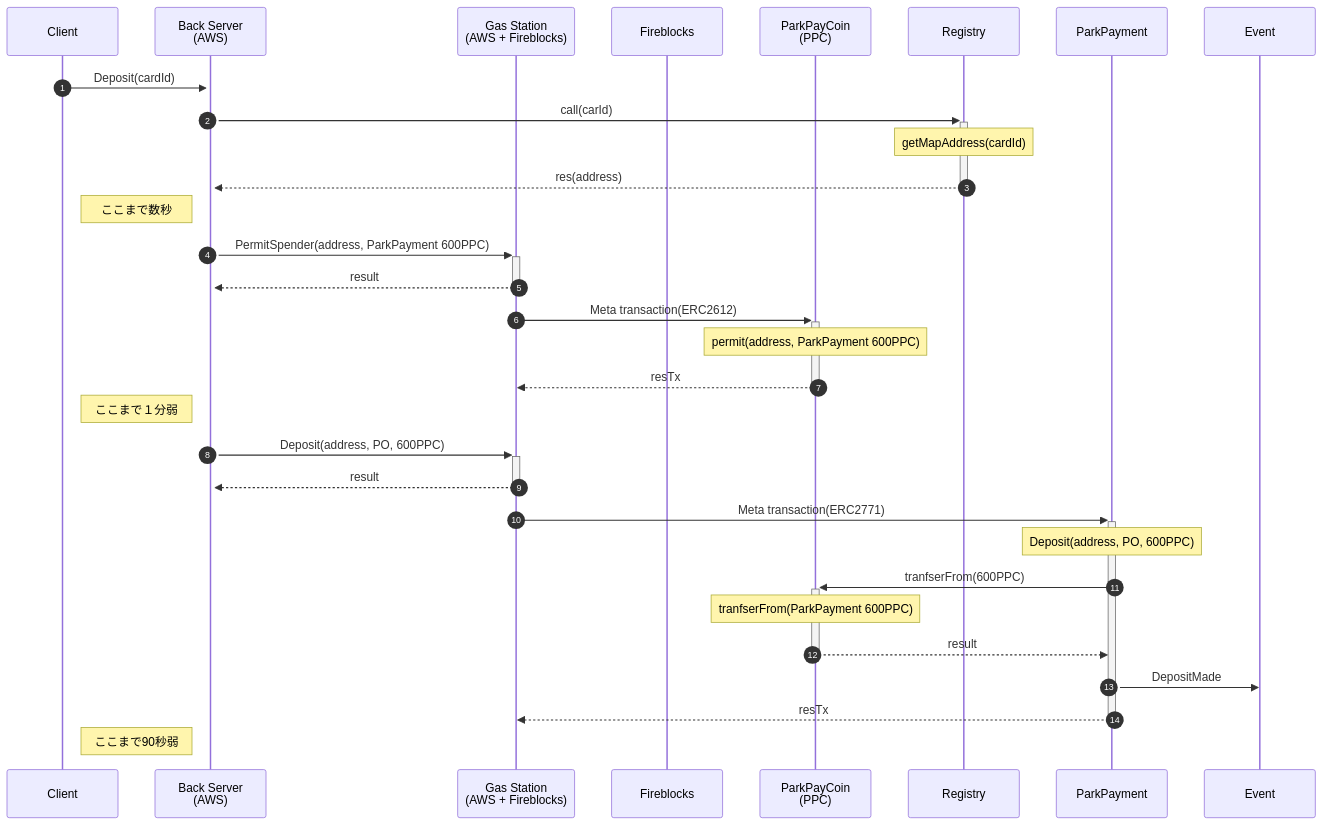
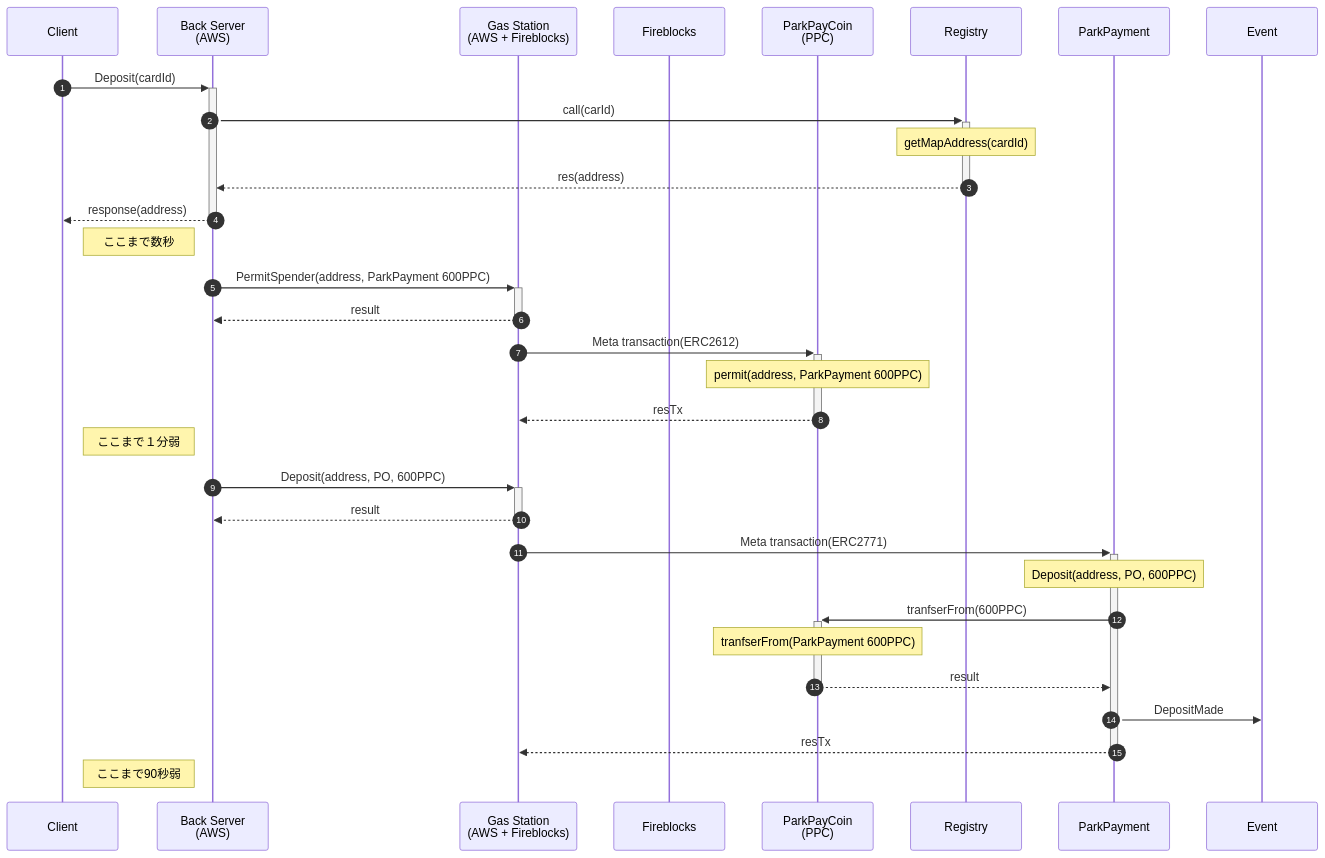
One commit to mahiroaug/ParkingPayment changed the fourth of 4 diagrams in README.md. Above: the diagram before and after it, drawn with Mermaid.

Commit message:
updage README

````diff
--- a/README.md
+++ b/README.md
@@ -443,41 +443,42 @@
 ```mermaid
 sequenceDiagram
 
     participant Client as Client
     participant Back as Back Server<br>(AWS)
     participant GSN as Gas Station<br>(AWS + Fireblocks)
     participant FB as Fireblocks
     participant PPC as ParkPayCoin<br>(PPC)
     participant Registry
     participant ParkPayment
     participant Event
     autonumber
 
     Client->>+Back: Deposit(cardId)
     Back->>+Registry: call(carId)
     Note over Registry: getMapAddress(cardId)
     Registry-->>-Back: res(address)
+    Back-->>-Client: response(address)
 
     Note left of Back:ここまで数秒
 
     Back->>+GSN: PermitSpender(address, ParkPayment 600PPC)
     GSN-->>-Back: result
     GSN->>+PPC: Meta transaction(ERC2612)
     Note over PPC: permit(address, ParkPayment 600PPC)
     PPC-->>-GSN: resTx
 
     Note left of Back:ここまで１分弱
 
     Back->>+GSN: Deposit(address, PO, 600PPC)
     GSN-->>-Back: result
     GSN->>+ParkPayment: Meta transaction(ERC2771)
     Note over ParkPayment: Deposit(address, PO, 600PPC)
     ParkPayment->>+PPC: tranfserFrom(600PPC)
     Note over PPC: tranfserFrom(ParkPayment 600PPC)
     PPC-->>-ParkPayment: result
     ParkPayment->>Event: DepositMade
     ParkPayment-->>-GSN: resTx
 
     Note left of Back:ここまで90秒弱
 
 ```
````
